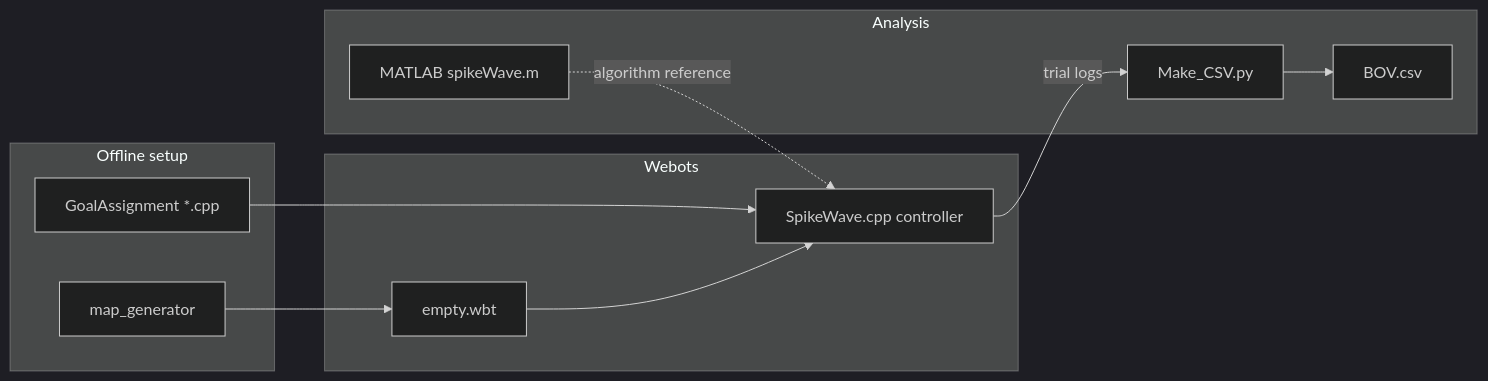
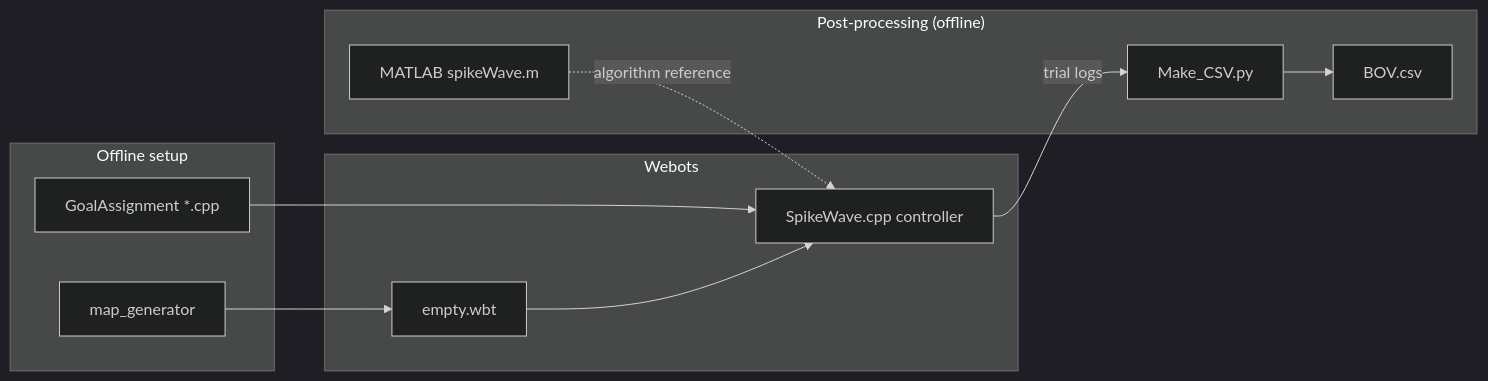
The diagram in README.md (AmirMohaddesi/Benefits-of-Varying-Navigation-Strategies-in-Robots), drawn with Mermaid (dark theme) before and after one commit. The commit also changed other lines of this file and 2 other files, not shown here.

````diff
--- a/README.md
+++ b/README.md
@@ -56,22 +59,22 @@
 ```mermaid
 flowchart LR
   subgraph offline["Offline setup"]
     GA[GoalAssignment *.cpp]
     MAP[map_generator]
   end
   subgraph sim["Webots"]
     W[empty.wbt]
     C[SpikeWave.cpp controller]
   end
-  subgraph analysis["Analysis"]
+  subgraph analysis["Post-processing (offline)"]
     PY[Make_CSV.py]
     CSV[BOV.csv]
     ML[MATLAB spikeWave.m]
   end
   GA --> C
   MAP --> W
   W --> C
   C -->|trial logs| PY
   PY --> CSV
   ML -.->|algorithm reference| C
 ```
````
